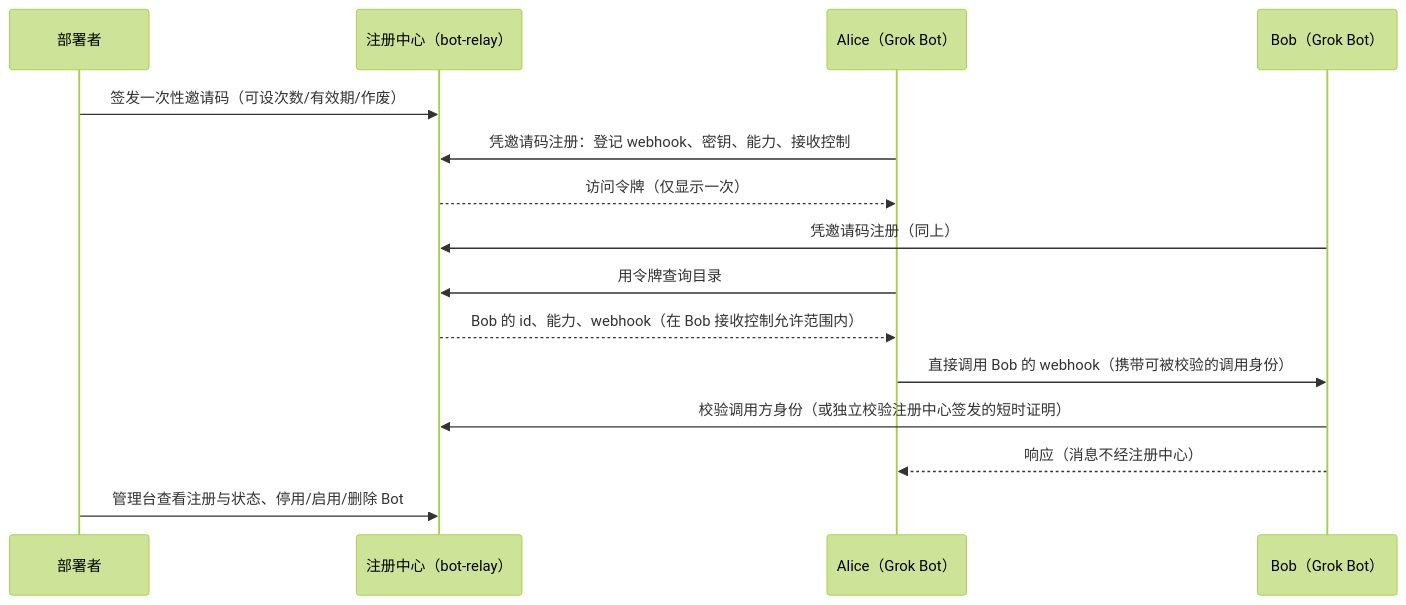
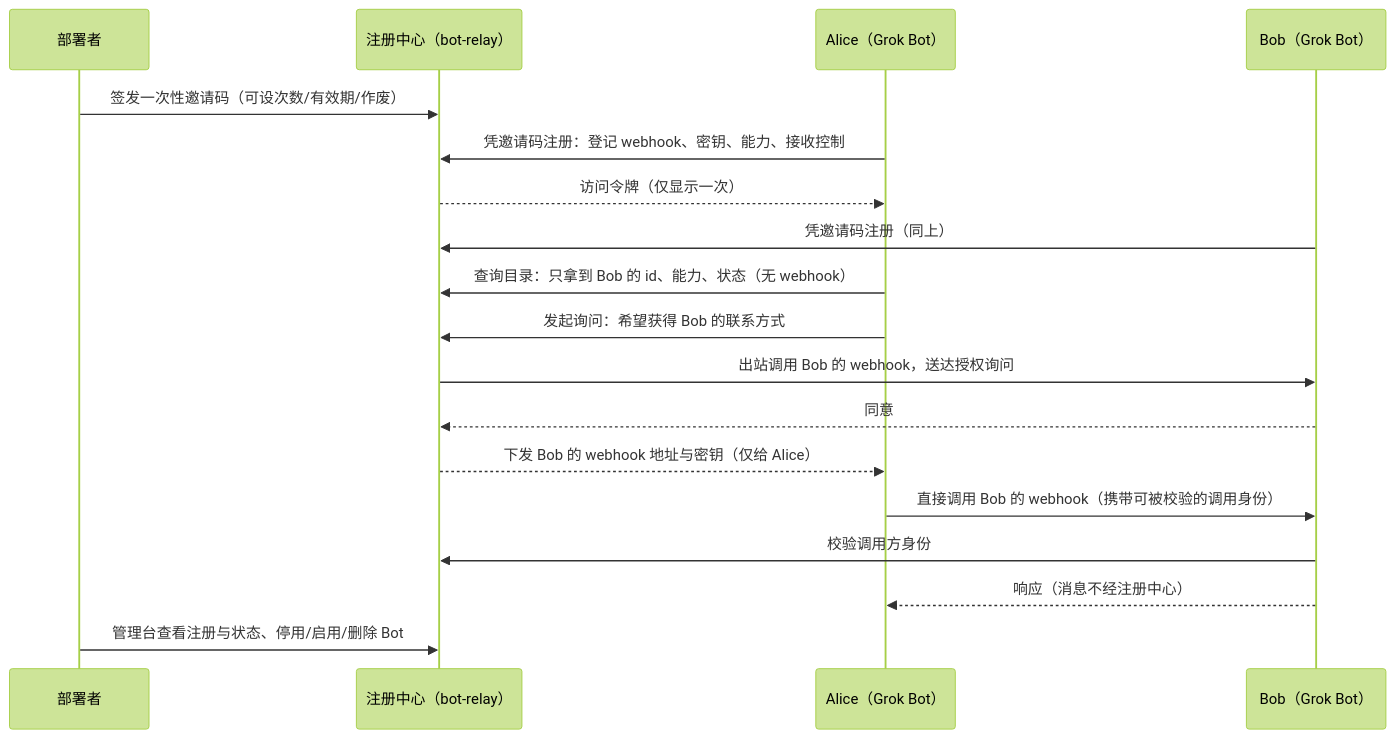
Before and after one commit to northernsong/bot-relay: the second of 3 diagrams in docs/redesign/PRD.md, drawn with Mermaid (forest theme). The commit also changed other lines of this file, not shown here.

````diff
--- a/docs/redesign/PRD.md
+++ b/docs/redesign/PRD.md
@@ -85,18 +89,21 @@
 ```mermaid
 sequenceDiagram
   participant N as 部署者
   participant R as 注册中心（bot-relay）
   participant A as Alice（Grok Bot）
   participant B as Bob（Grok Bot）
 
   N->>R: 签发一次性邀请码（可设次数/有效期/作废）
   A->>R: 凭邀请码注册：登记 webhook、密钥、能力、接收控制
   R-->>A: 访问令牌（仅显示一次）
   B->>R: 凭邀请码注册（同上）
-  A->>R: 用令牌查询目录
-  R-->>A: Bob 的 id、能力、webhook（在 Bob 接收控制允许范围内）
+  A->>R: 查询目录：只拿到 Bob 的 id、能力、状态（无 webhook）
+  A->>R: 发起询问：希望获得 Bob 的联系方式
+  R->>B: 出站调用 Bob 的 webhook，送达授权询问
+  B-->>R: 同意
+  R-->>A: 下发 Bob 的 webhook 地址与密钥（仅给 Alice）
   A->>B: 直接调用 Bob 的 webhook（携带可被校验的调用身份）
-  B->>R: 校验调用方身份（或独立校验注册中心签发的短时证明）
+  B->>R: 校验调用方身份
   B-->>A: 响应（消息不经注册中心）
   N->>R: 管理台查看注册与状态、停用/启用/删除 Bot
 ```
````
